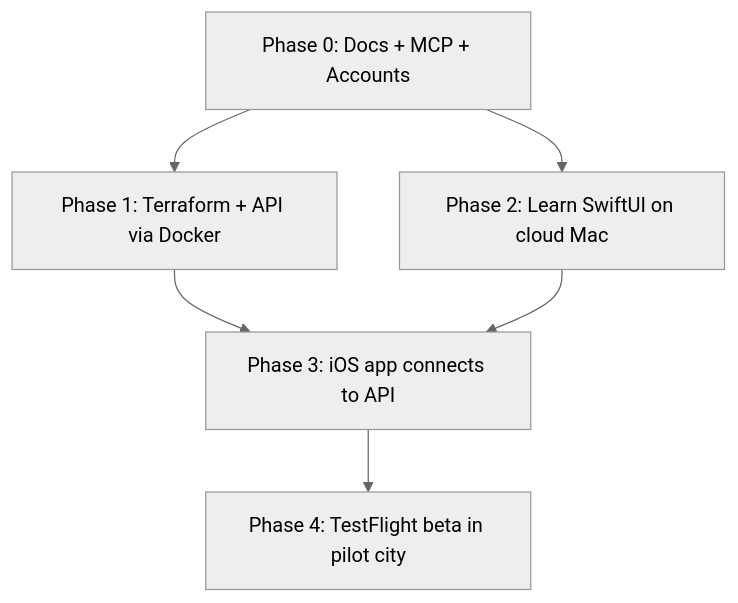
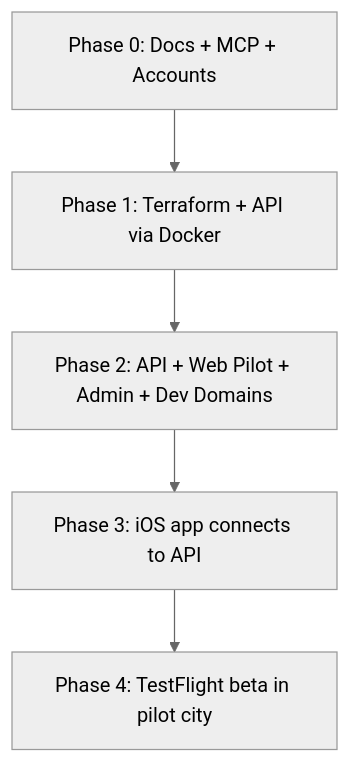
One commit to samueljoeharris/restaurant_app changed the fourth of 4 diagrams in docs/DESIGN.md. Above: the diagram before and after it, drawn with Mermaid (neutral theme). The commit also changed other lines of this file and 11 other files, not shown here.

````diff
--- a/docs/DESIGN.md
+++ b/docs/DESIGN.md
@@ -712,8 +719,7 @@
 ```mermaid
 flowchart TD
     P0[Phase 0: Docs + MCP + Accounts] --> P1[Phase 1: Terraform + API via Docker]
-    P0 --> P2[Phase 2: Learn SwiftUI on cloud Mac]
-    P1 --> P3[Phase 3: iOS app connects to API]
-    P2 --> P3
+    P1 --> P2[Phase 2: API + Web Pilot + Admin + Dev Domains]
+    P2 --> P3[Phase 3: iOS app connects to API]
     P3 --> P4[Phase 4: TestFlight beta in pilot city]
 ```
````
